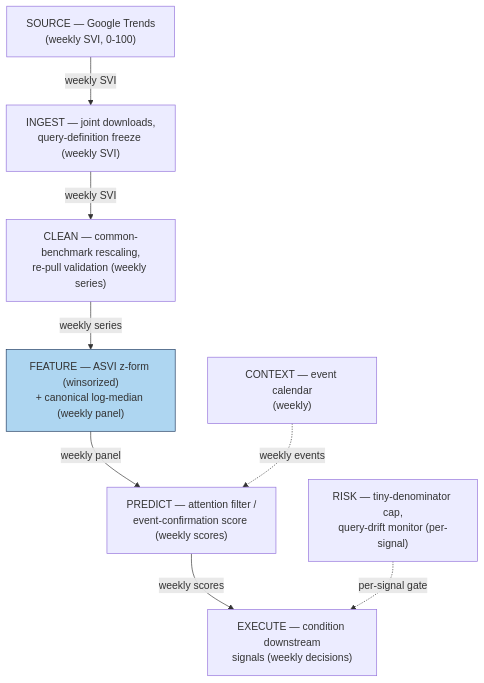
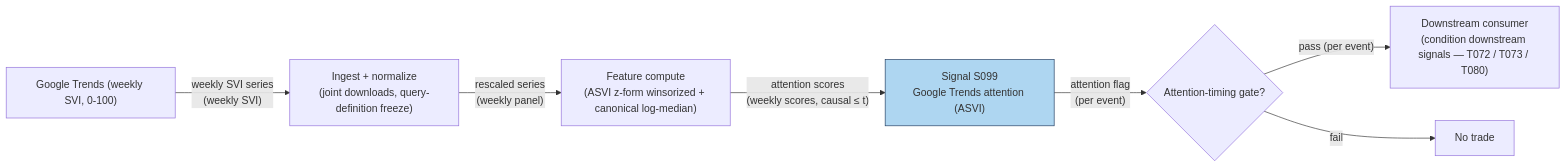
One commit to praveenguptahcl/quant-signals-deep changed the diagram in batches/SB10/S099.md. Above: the diagram before and after it, drawn with Mermaid. The commit also changed 20 other files, not shown here.

````diff
--- a/batches/SB10/S099.md
+++ b/batches/SB10/S099.md
@@ -143,21 +143,10 @@
 ```mermaid
-flowchart TB
-    source["SOURCE — Google Trends<br/>(weekly SVI, 0-100)"]
-    ingest["INGEST — joint downloads,<br/>query-definition freeze (weekly SVI)"]
-    clean["CLEAN — common-benchmark rescaling,<br/>re-pull validation (weekly series)"]
-    feat["FEATURE — ASVI z-form (winsorized)<br/>+ canonical log-median (weekly panel)"]
-    pred["PREDICT — attention filter /<br/>event-confirmation score (weekly scores)"]
-    exec["EXECUTE — condition downstream<br/>signals (weekly decisions)"]
-
-    ctx["CONTEXT — event calendar<br/>(weekly)"]
-    risk["RISK — tiny-denominator cap,<br/>query-drift monitor (per-signal)"]
-
-    source -->|"weekly SVI"| ingest
-    ingest -->|"weekly SVI"| clean
-    clean -->|"weekly series"| feat
-    feat -->|"weekly panel"| pred
-    pred -->|"weekly scores"| exec
-    ctx -.->|"weekly events"| pred
-    risk -.->|"per-signal gate"| exec
-    style feat fill:#aed6f1,stroke:#1f3a5f
+flowchart LR
+    FEED["Google Trends (weekly SVI, 0-100)"] -- "weekly SVI series<br/>(weekly SVI)" --> ING["Ingest + normalize<br/>(joint downloads, query-definition freeze)"]
+    ING -- "rescaled series<br/>(weekly panel)" --> FEAT["Feature compute<br/>(ASVI z-form winsorized + canonical log-median)"]
+    FEAT -- "attention scores<br/>(weekly scores, causal ≤ t)" --> SIG["Signal S099<br/>Google Trends attention (ASVI)"]
+    SIG -- "attention flag<br/>(per event)" --> GATE{"Attention-timing gate?"}
+    GATE -- "pass (per event)" --> OUT["Downstream consumer<br/>(condition downstream signals — T072 / T073 / T080)"]
+    GATE -- "fail" --> DROP["No trade"]
+    style SIG fill:#aed6f1,stroke:#1f3a5f
 ```
````
